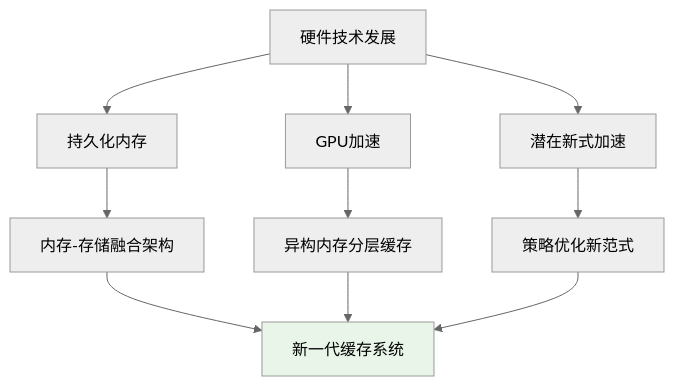
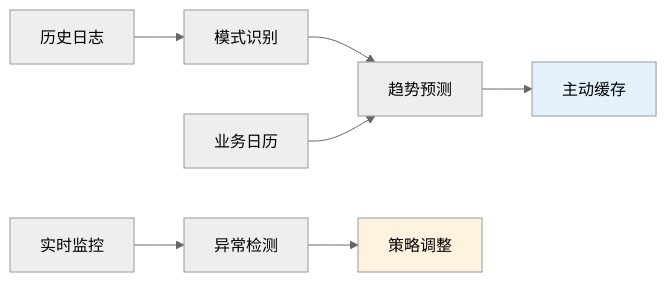
One commit to crazypenguincode/duckdb changed the diagram in md/images/6.2_图表2.mmd. Above: the diagram before and after it, drawn with Mermaid (neutral theme). The commit also changed 15 other files, not shown here.

Commit message:
调整图表 生成tex

```diff
--- a/md/images/6.2_图表2.mmd
+++ b/md/images/6.2_图表2.mmd
@@ -1,11 +1,9 @@
-graph TB
-    A[硬件技术发展] --> B[持久化内存]
-    A --> C[GPU加速]
-    A --> D[潜在新式加速]
-    B --> E[内存-存储融合架构]
-    C --> F[异构内存分层缓存]
-    D --> G[策略优化新范式]
-    E --> H[新一代缓存系统]
-    F --> H
-    G --> H
-    style H fill:#e8f5e8
+graph LR
+    A[历史日志] --> B[模式识别]
+    B --> C[趋势预测]
+    C --> D[主动缓存]
+    E[业务日历] --> C
+    F[实时监控] --> G[异常检测]
+    G --> H[策略调整]
+    style D fill:#e3f2fd
+    style H fill:#fff3e0
```
